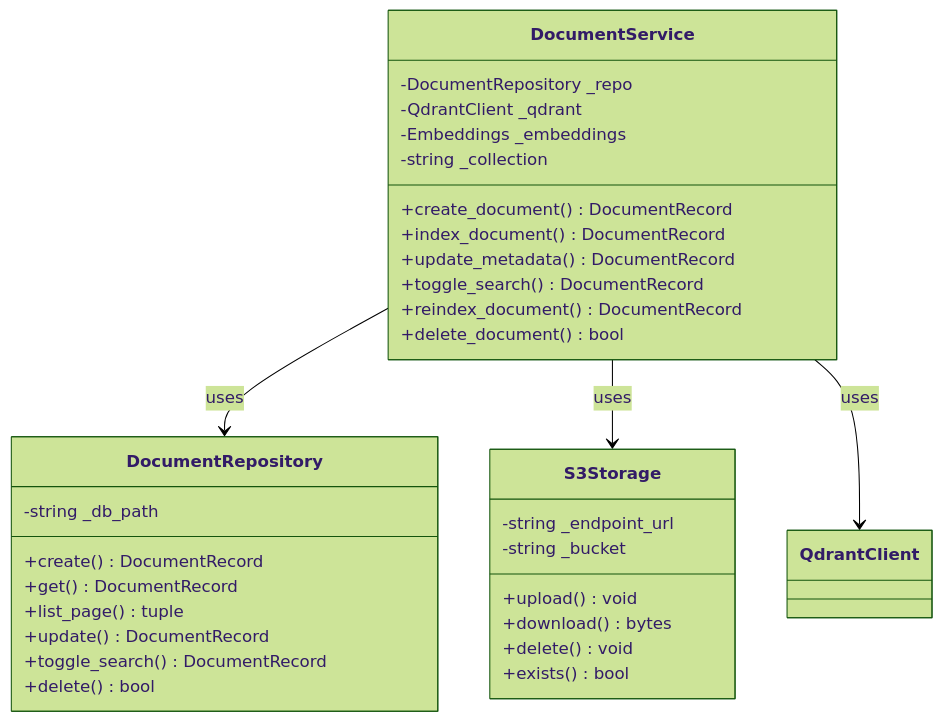
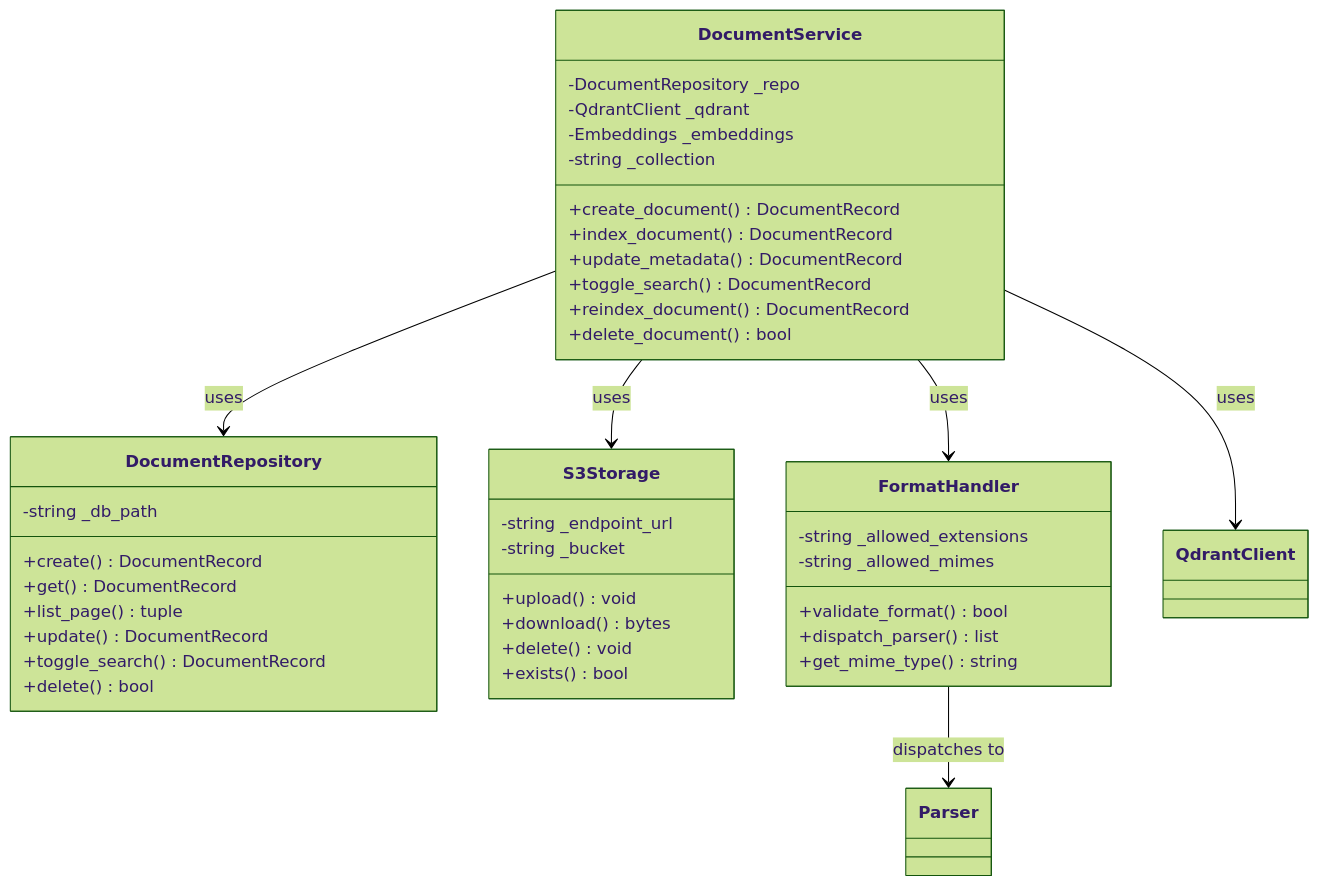
Before and after one commit to ognelis/cafetera_hr_bot: the third of 18 diagrams in .qoder/repowiki/en/content/Document Management System.md, drawn with Mermaid (forest theme). The commit also changed other lines of this file and 11 other files, not shown here.

````diff
--- a/.qoder/repowiki/en/content/Document Management System.md
+++ b/.qoder/repowiki/en/content/Document Management System.md
@@ -183,35 +195,44 @@
 ```mermaid
 classDiagram
 class DocumentService {
 -DocumentRepository _repo
 -QdrantClient _qdrant
 -Embeddings _embeddings
 -string _collection
 +create_document() DocumentRecord
 +index_document() DocumentRecord
 +update_metadata() DocumentRecord
 +toggle_search() DocumentRecord
 +reindex_document() DocumentRecord
 +delete_document() bool
 }
 class DocumentRepository {
 -string _db_path
 +create() DocumentRecord
 +get() DocumentRecord
 +list_page() tuple
 +update() DocumentRecord
 +toggle_search() DocumentRecord
 +delete() bool
 }
 class S3Storage {
 -string _endpoint_url
 -string _bucket
 +upload() void
 +download() bytes
 +delete() void
 +exists() bool
 }
+class FormatHandler {
+-string _allowed_extensions
+-string _allowed_mimes
++validate_format() bool
++dispatch_parser() list
++get_mime_type() string
+}
 DocumentService --> DocumentRepository : uses
 DocumentService --> S3Storage : uses
 DocumentService --> QdrantClient : uses
+DocumentService --> FormatHandler : uses
+FormatHandler --> Parser : dispatches to
 ```
````
